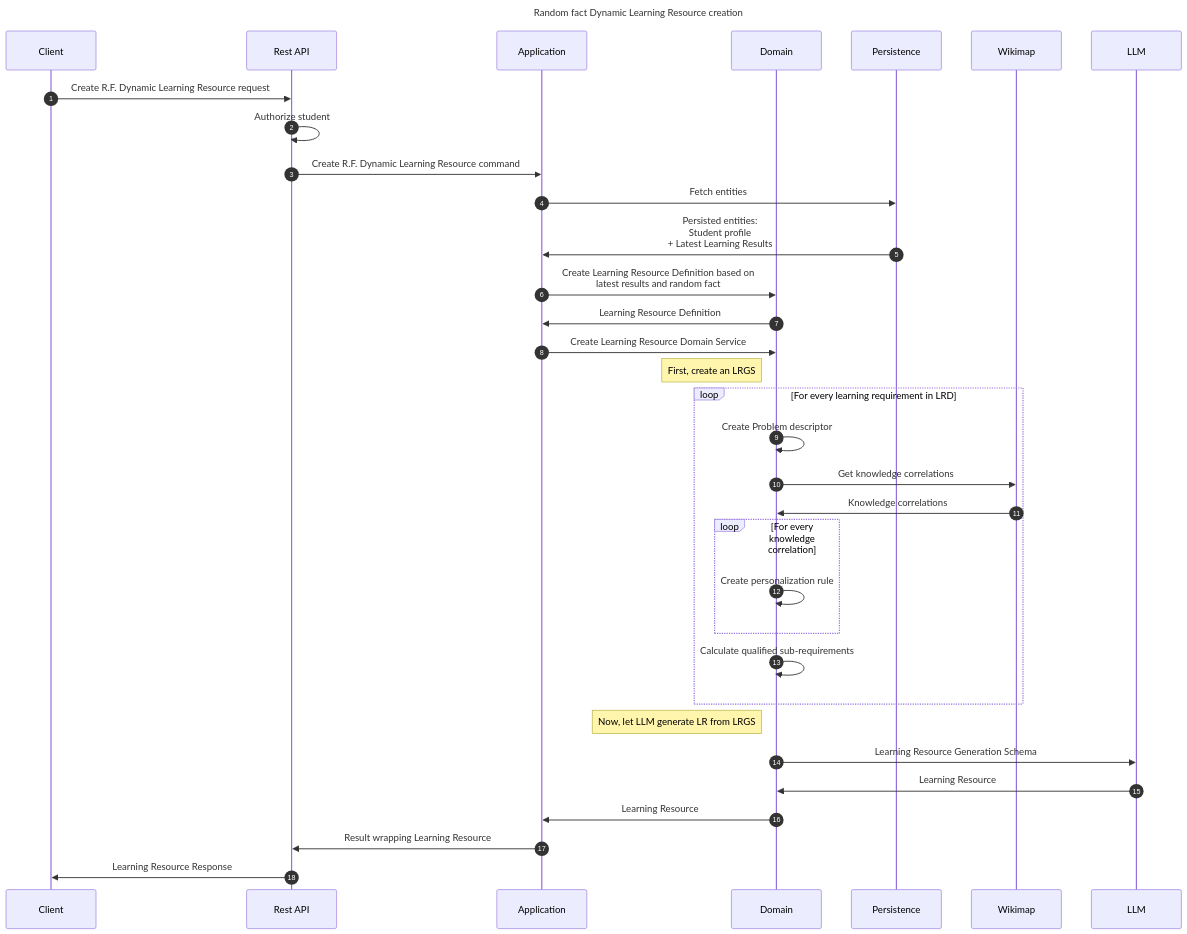
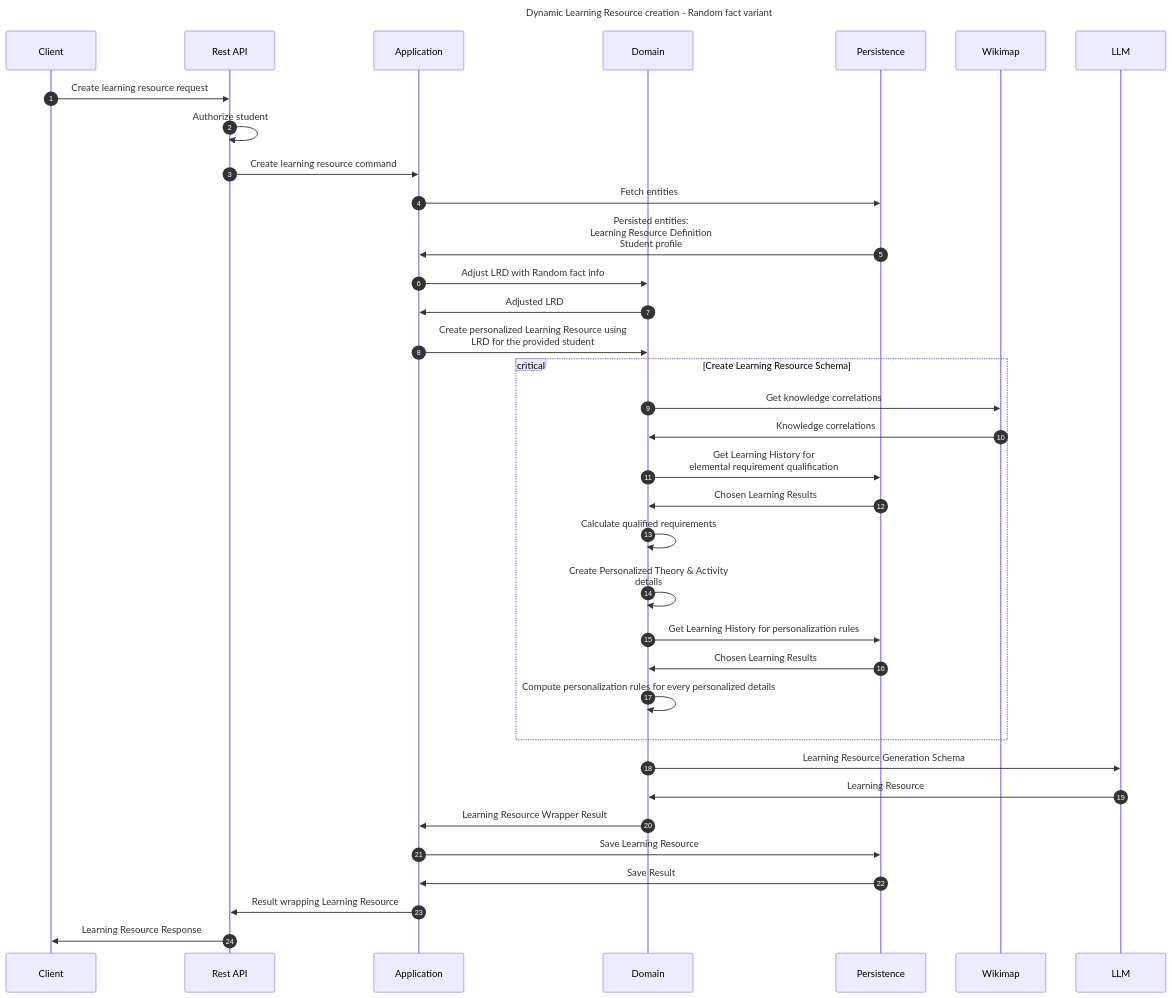
One commit to EdutieProject/edutie-backend changed the diagram in docs/edutie/flows/learning/learningresource/CreateRandomFactDynamicLearningResource.md. Above: the diagram before and after it, drawn with Mermaid. The commit also changed 11 other files, not shown here.

````diff
--- a/docs/edutie/flows/learning/learningresource/CreateRandomFactDynamicLearningResource.md
+++ b/docs/edutie/flows/learning/learningresource/CreateRandomFactDynamicLearningResource.md
@@ -11,39 +11,42 @@
 ```mermaid
 ---
-title: Random fact Dynamic Learning Resource creation
+title: Dynamic Learning Resource creation - Random fact variant
 ---
 sequenceDiagram
     participant Client
     participant Rest API
     participant Application
     participant Domain
     participant Persistence
     participant Wikimap
     participant LLM
     autonumber
-    Client ->> Rest API: Create R.F. Dynamic Learning Resource request
+    Client ->> Rest API: Create learning resource request
     Rest API ->> Rest API: Authorize student
-    Rest API ->> Application: Create R.F. Dynamic Learning Resource command
+    Rest API ->> Application: Create learning resource command
     Application ->> Persistence: Fetch entities
-    Persistence ->> Application: Persisted entities:<br/>Student profile<br/>+ Latest Learning Results
-    Application ->> Domain: Create Learning Resource Definition based on<br/>latest results and random fact
-    Domain ->> Application: Learning Resource Definition
-    Application ->> Domain: Create Learning Resource Domain Service
-    note left of Domain: First, create an LRGS
-    loop For every learning requirement in LRD
-        Domain ->> Domain: Create Problem descriptor
+    Persistence ->> Application: Persisted entities:<br/>Learning Resource Definition<br/>Student profile
+    Application ->> Domain: Adjust LRD with Random fact info
+    Domain ->> Application: Adjusted LRD
+    Application ->> Domain: Create personalized Learning Resource using<br/>LRD for the provided student
+    critical Create Learning Resource Schema
         Domain ->> Wikimap: Get knowledge correlations
         Wikimap ->> Domain: Knowledge correlations
-        loop For every knowledge correlation
-            Domain ->> Domain: Create personalization rule
-        end
-        Domain ->> Domain: Calculate qualified sub-requirements
+        Domain ->> Persistence: Get Learning History for<br/>elemental requirement qualification
+        Persistence ->> Domain: Chosen Learning Results
+        Domain ->> Domain: Calculate qualified requirements
+        Domain ->> Domain: Create Personalized Theory & Activity<br/>details
+        Domain ->> Persistence: Get Learning History for personalization rules
+        Persistence ->> Domain: Chosen Learning Results
+        Domain ->> Domain: Compute personalization rules for every personalized details
     end
-    note left of Domain: Now, let LLM generate LR from LRGS
     Domain ->> LLM: Learning Resource Generation Schema
     LLM ->> Domain: Learning Resource
-    Domain ->> Application: Learning Resource
+    Domain ->> Application: Learning Resource Wrapper Result
+
+    Application ->> Persistence: Save Learning Resource
+    Persistence ->> Application: Save Result
     Application ->> Rest API: Result wrapping Learning Resource
     Rest API ->> Client: Learning Resource Response
 
 ```
````
